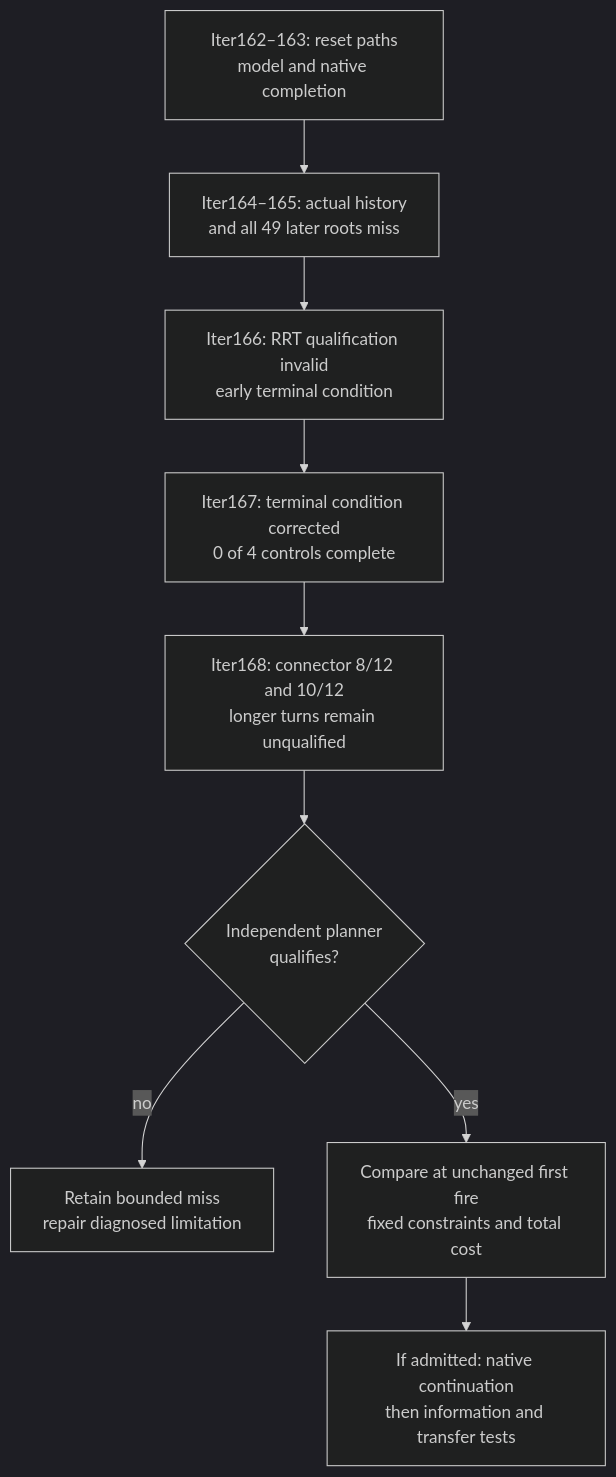
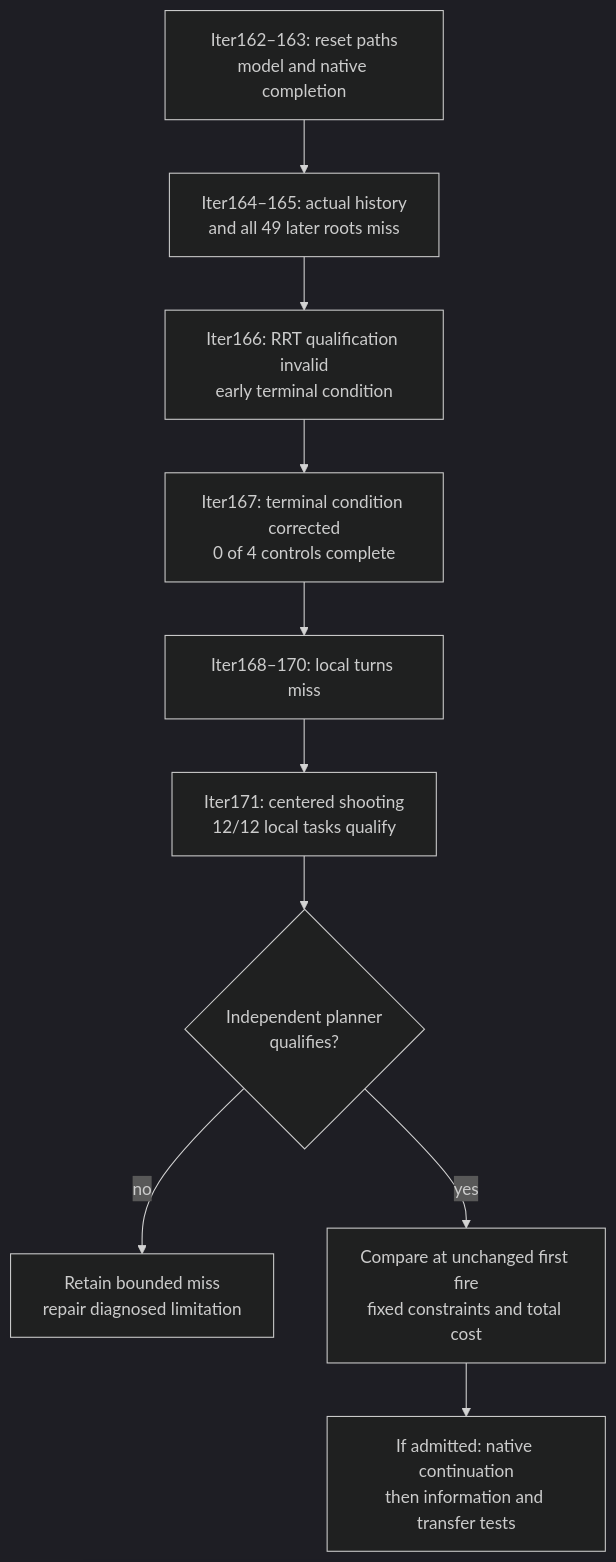
The third of 3 diagrams in README.md (manfromnowhere143/sentinel), drawn with Mermaid (dark theme) before and after one commit. The commit also changed other lines of this file and 20 other files, not shown here.

````diff
--- a/README.md
+++ b/README.md
@@ -692,13 +729,14 @@
 ```mermaid
 flowchart TB
   accTitle: Separate search competence from intervention timing
   accDescr: Finite source misses and failed adapter qualification do not prove unrecoverability.
   S["Iter162–163: reset paths<br/>model and native completion"] --> B["Iter164–165: actual history<br/>and all 49 later roots miss"]
   B --> Q["Iter166: RRT qualification invalid<br/>early terminal condition"]
   Q --> C["Iter167: terminal condition corrected<br/>0 of 4 controls complete"]
-  C --> D["Iter168: connector 8/12 and 10/12<br/>longer turns remain unqualified"]
-  D --> A{"Independent planner<br/>qualifies?"}
+  C --> D["Iter168–170: local turns miss"]
+  D --> E["Iter171: centered shooting<br/>12/12 local tasks qualify"]
+  E --> A{"Independent planner<br/>qualifies?"}
   A -- "no" --> N["Retain bounded miss<br/>repair diagnosed limitation"]
   A -- "yes" --> R["Compare at unchanged first fire<br/>fixed constraints and total cost"]
   R --> W["If admitted: native continuation<br/>then information and transfer tests"]
 ```
````
